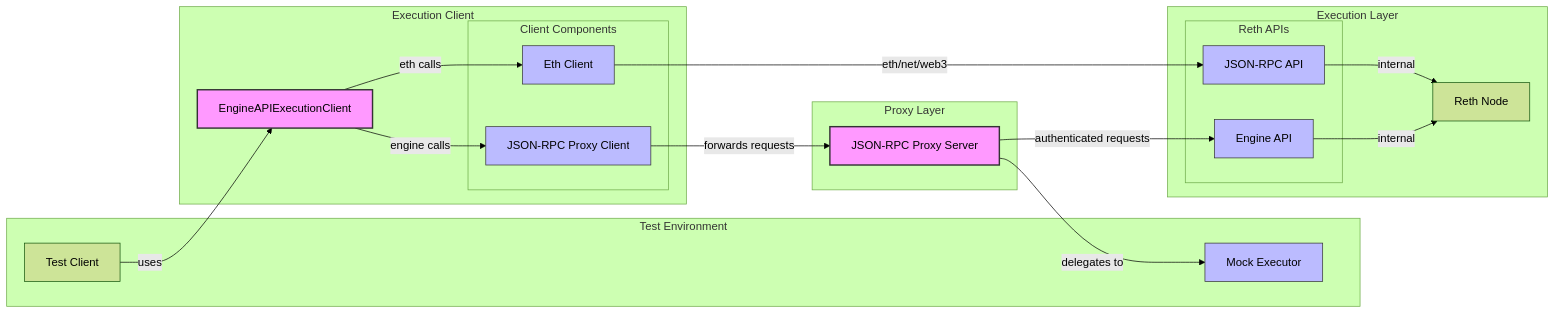
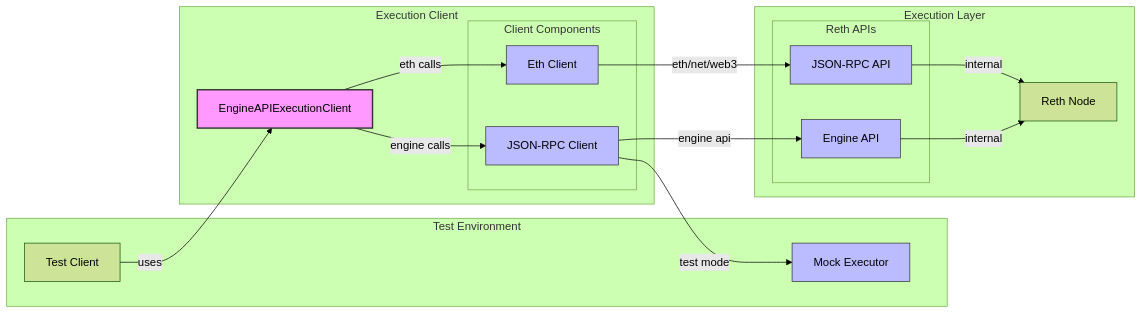
One commit to rollkit/go-execution-evm changed the diagram in README.md. Above: the diagram before and after it, drawn with Mermaid (forest theme). The commit also changed other lines of this file and 3 other files, not shown here.

Commit message:
refactor: remove redundant abstraction in the proxy layer

````diff
--- a/README.md
+++ b/README.md
@@ -3,48 +3,43 @@
 ```mermaid
 graph LR
     subgraph Test Environment
         TestClient[Test Client]
         MockExecutor[Mock Executor]
     end
 
     subgraph Execution Client
         EngineAPIExecutionClient
         subgraph Client Components
             EthClient[Eth Client]
-            ProxyClient[JSON-RPC Proxy Client]
+            JsonRpcClient[JSON-RPC Client]
         end
-    end
-
-    subgraph Proxy Layer
-        ProxyServer[JSON-RPC Proxy Server]
     end
 
     subgraph Execution Layer
         Reth[Reth Node]
         subgraph Reth APIs
             EngineAPI[Engine API]
             JsonRPC[JSON-RPC API]
         end
     end
 
     %% Test Environment Connections
     TestClient -->|uses| EngineAPIExecutionClient
-    ProxyServer -->|delegates to| MockExecutor
+    JsonRpcClient -->|test mode| MockExecutor
 
     %% Execution Client Connections
     EngineAPIExecutionClient -->|eth calls| EthClient
-    EngineAPIExecutionClient -->|engine calls| ProxyClient
+    EngineAPIExecutionClient -->|engine calls| JsonRpcClient
     EthClient -->|eth/net/web3| JsonRPC
-    ProxyClient -->|forwards requests| ProxyServer
+    JsonRpcClient -->|engine api| EngineAPI
 
-    %% Proxy to Reth Connections
-    ProxyServer -->|authenticated requests| EngineAPI
+    %% Reth Internal Connections
     JsonRPC -->|internal| Reth
     EngineAPI -->|internal| Reth
 
     %% Styling
     classDef primary fill:#f9f,stroke:#333,stroke-width:2px
     classDef secondary fill:#bbf,stroke:#333,stroke-width:1px
-    class EngineAPIExecutionClient,ProxyServer primary
-    class EthClient,ProxyClient,MockExecutor,EngineAPI,JsonRPC secondary
+    class EngineAPIExecutionClient primary
+    class EthClient,JsonRpcClient,MockExecutor,EngineAPI,JsonRPC secondary
 ```
````
